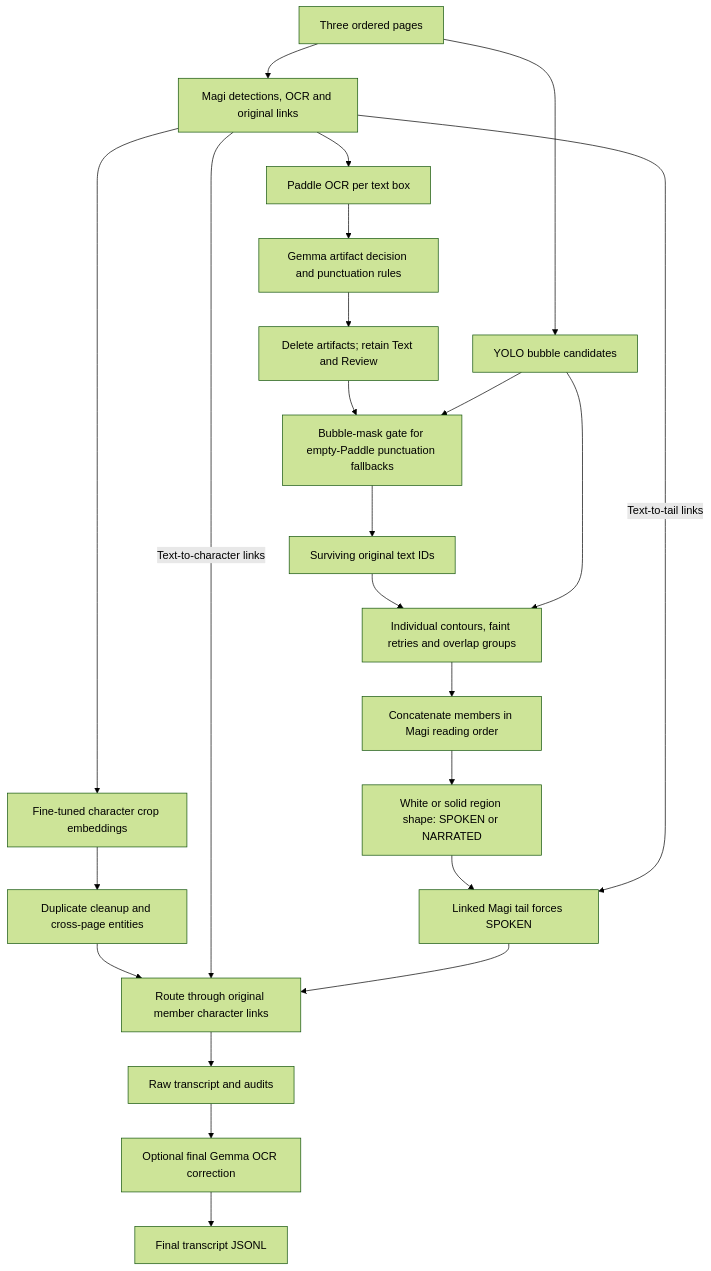
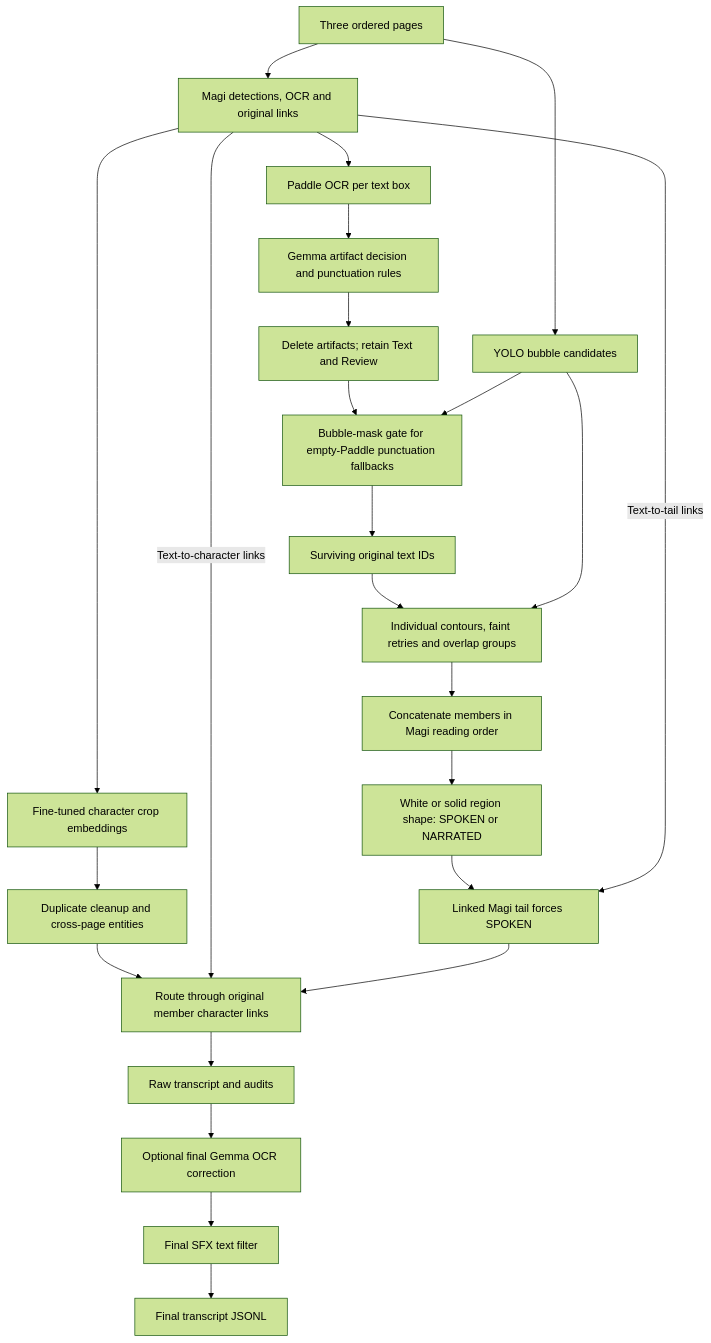
One commit to Eshaan111/AppliedManga changed the diagram in README.md. Above: the diagram before and after it, drawn with Mermaid (forest theme). The commit also changed other lines of this file and 374 other files, not shown here.

````diff
--- a/README.md
+++ b/README.md
@@ -52,25 +52,26 @@
 ```mermaid
 flowchart TD
     A["Three ordered pages"] --> B["Magi detections, OCR and original links"]
     B --> C["Paddle OCR per text box"]
     C --> D["Gemma artifact decision and punctuation rules"]
     D --> E["Delete artifacts; retain Text and Review"]
     A --> Y["YOLO bubble candidates"]
     E --> F["Bubble-mask gate for empty-Paddle punctuation fallbacks"]
     Y --> F
     F --> G["Surviving original text IDs"]
     G --> H["Individual contours, faint retries and overlap groups"]
     Y --> H
     H --> I["Concatenate members in Magi reading order"]
     I --> J["White or solid region shape: SPOKEN or NARRATED"]
     J --> T["Linked Magi tail forces SPOKEN"]
     B -->|"Text-to-tail links"| T
     B --> V["Fine-tuned character crop embeddings"]
     V --> X["Duplicate cleanup and cross-page entities"]
     X --> R["Route through original member character links"]
     B -->|"Text-to-character links"| R
     T --> R
     R --> K["Raw transcript and audits"]
     K --> L["Optional final Gemma OCR correction"]
-    L --> M["Final transcript JSONL"]
+    L --> Z["Final SFX text filter"]
+    Z --> M["Final transcript JSONL"]
 ```
````
